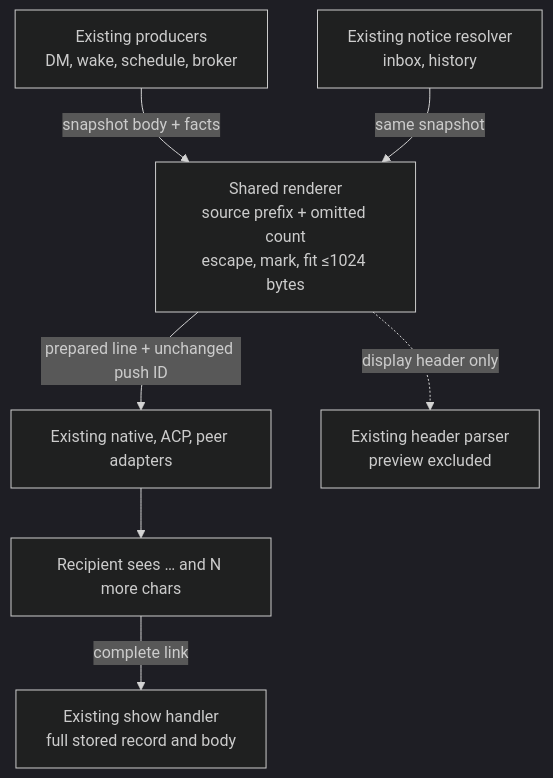
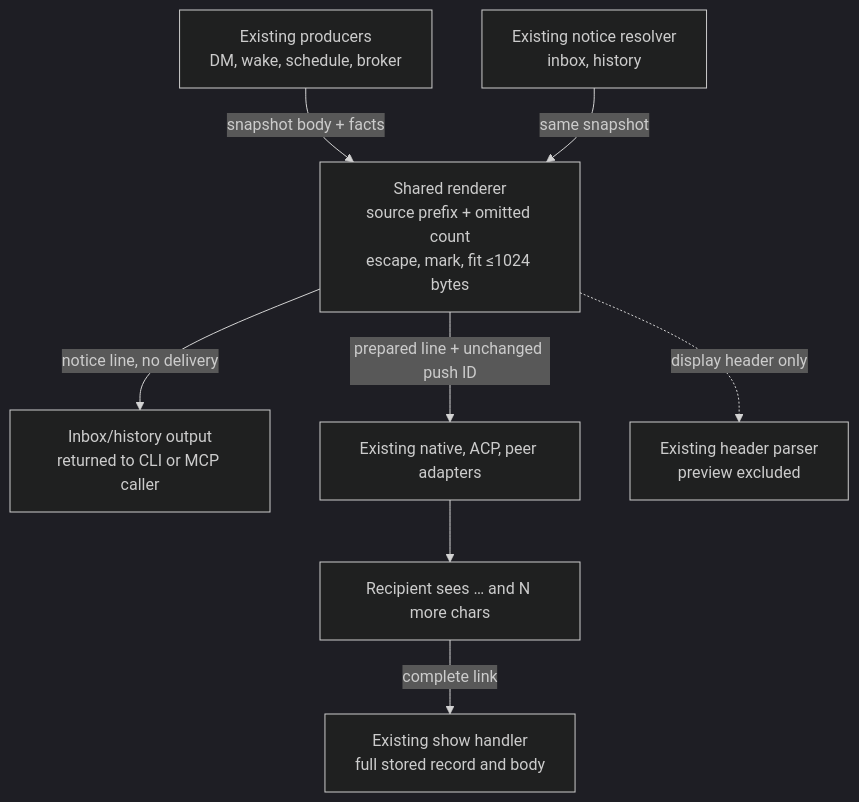
The diagram in docs/specs/2026-10-03-router-fixes/push-program-design.md (ShravanSunder/codex-router), drawn with Mermaid before and after one commit. The commit also changed 5 other files, not shown here.

Commit message:
docs: correct shutdown design and push consumer diagram

````diff
--- a/docs/specs/2026-10-03-router-fixes/push-program-design.md
+++ b/docs/specs/2026-10-03-router-fixes/push-program-design.md
@@ -22,10 +22,11 @@
 ```mermaid
 %%{init: {'theme': 'dark'}}%%
 flowchart TB
   producers["Existing producers<br/>DM, wake, schedule, broker"] -->|"snapshot body + facts"| renderer["Shared renderer<br/>source prefix + omitted count<br/>escape, mark, fit ≤1024 bytes"]
   notices["Existing notice resolver<br/>inbox, history"] -->|"same snapshot"| renderer
+  renderer -->|"notice line, no delivery"| list["Inbox/history output<br/>returned to CLI or MCP caller"]
   renderer -->|"prepared line + unchanged push ID"| adapters["Existing native, ACP, peer adapters"]
   adapters --> recipient["Recipient sees … and N more chars"]
   recipient -->|"complete link"| fetch["Existing show handler<br/>full stored record and body"]
   renderer -.->|"display header only"| title["Existing header parser<br/>preview excluded"]
 ```
````
